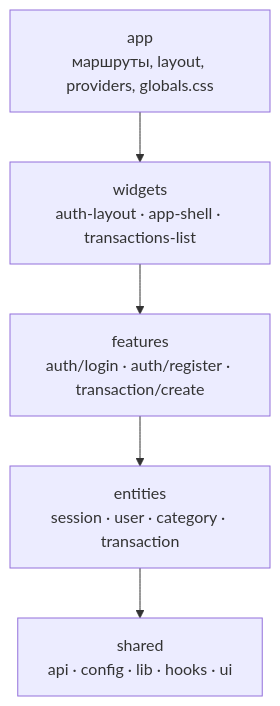
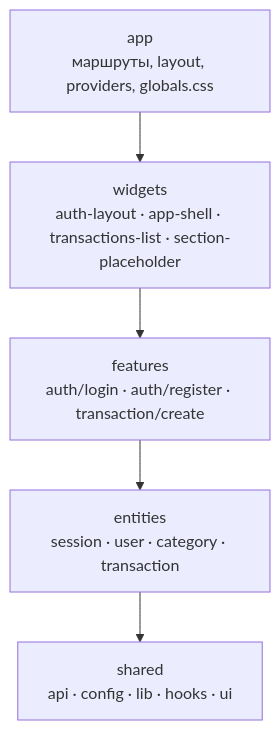
One commit to adamdvr/expense-tracker changed the fourth of 6 diagrams in .claude/docs/architecture.md. Above: the diagram before and after it, drawn with Mermaid. The commit also changed other lines of this file and 31 other files, not shown here.

````diff
--- a/.claude/docs/architecture.md
+++ b/.claude/docs/architecture.md
@@ -190,8 +190,8 @@
 ```mermaid
 flowchart TD
     app["app<br/>маршруты, layout, providers, globals.css"] --> widgets
-    widgets["widgets<br/>auth-layout · app-shell · transactions-list"] --> features
+    widgets["widgets<br/>auth-layout · app-shell · transactions-list · section-placeholder"] --> features
     features["features<br/>auth/login · auth/register · transaction/create"] --> entities
     entities["entities<br/>session · user · category · transaction"] --> shared
     shared["shared<br/>api · config · lib · hooks · ui"]
 ```
````
